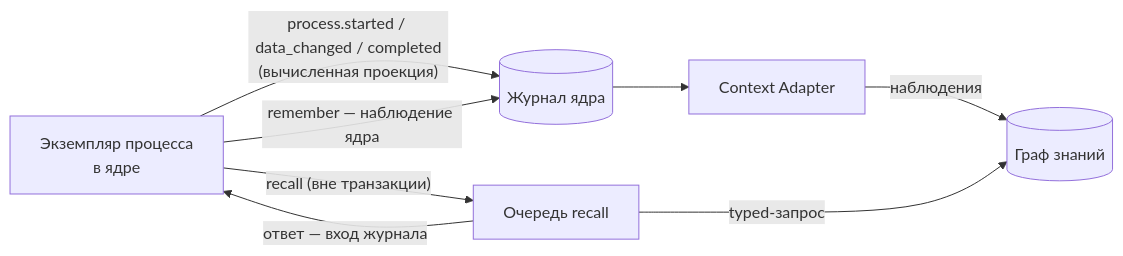
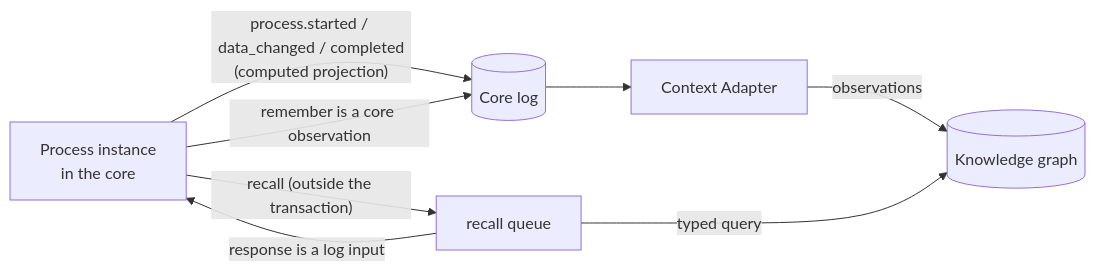
One commit to monthu56/taimen changed the diagram in guide/docs/processes/knowledge.md. Above: the diagram before and after it, drawn with Mermaid. The commit also changed other lines of this file and 183 other files, not shown here.

````diff
--- a/guide/docs/processes/knowledge.md
+++ b/guide/docs/processes/knowledge.md
@@ -27,8 +29,8 @@
 ```mermaid
 flowchart LR
-    P[Экземпляр процесса<br/>в ядре] -->|"process.started / data_changed / completed<br/>(вычисленная проекция)"| J[(Журнал ядра)]
-    J --> A[Context Adapter] -->|наблюдения| M[(Граф знаний)]
-    P -->|"recall (вне транзакции)"| Q[Очередь recall] -->|typed-запрос| M
-    Q -->|"ответ — вход журнала"| P
-    P -->|"remember — наблюдение ядра"| J
+    P[Process instance<br/>in the core] -->|"process.started / data_changed / completed<br/>(computed projection)"| J[(Core log)]
+    J --> A[Context Adapter] -->|observations| M[(Knowledge graph)]
+    P -->|"recall (outside the transaction)"| Q[recall queue] -->|typed query| M
+    Q -->|"response is a log input"| P
+    P -->|"remember is a core observation"| J
 ```
````
